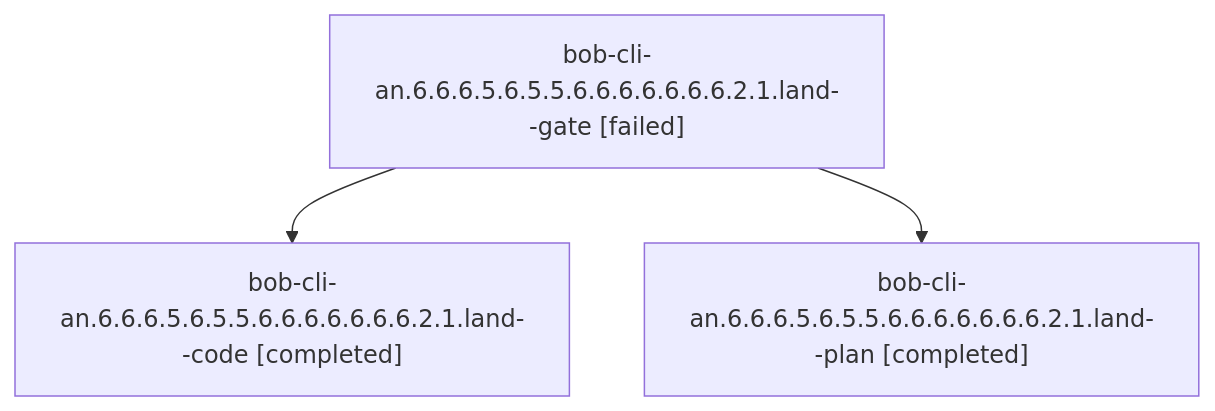
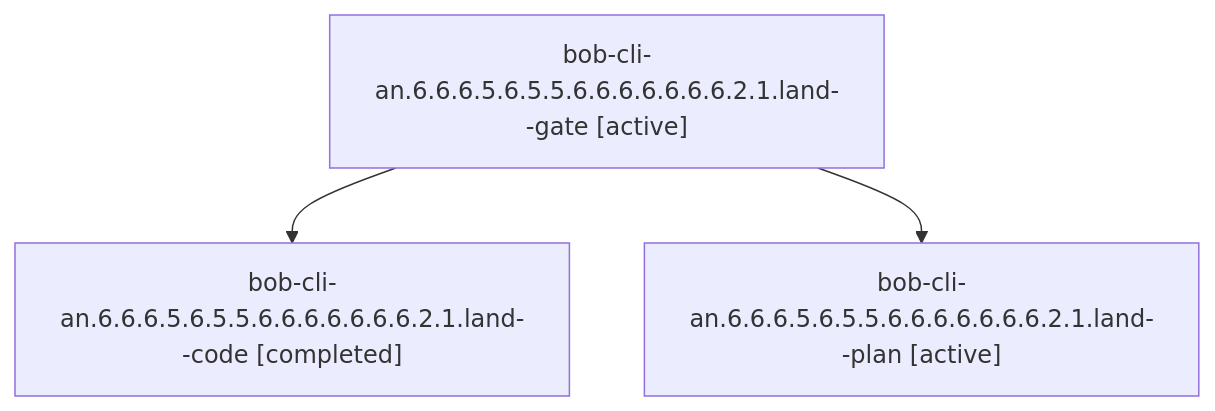
One commit to bobs-org/bob-cli--agents changed the diagram in sessions/bbugyi200.athena.bob-cli-an.6.6.6.5.6.5.5.6.6.6.6.6.6.6.2.1.land.md. Above: the diagram before and after it, drawn with Mermaid. The commit also changed other lines of this file and 653 other files, not shown here.

````diff
--- a/sessions/bbugyi200.athena.bob-cli-an.6.6.6.5.6.5.5.6.6.6.6.6.6.6.2.1.land.md
+++ b/sessions/bbugyi200.athena.bob-cli-an.6.6.6.5.6.5.5.6.6.6.6.6.6.6.2.1.land.md
@@ -9,8 +9,8 @@
 ```mermaid
 flowchart TD
-  n0["bob-cli-an.6.6.6.5.6.5.5.6.6.6.6.6.6.6.2.1.land--gate [failed]"]
+  n0["bob-cli-an.6.6.6.5.6.5.5.6.6.6.6.6.6.6.2.1.land--gate [active]"]
   n1["bob-cli-an.6.6.6.5.6.5.5.6.6.6.6.6.6.6.2.1.land--code [completed]"]
   n0 --> n1
-  n2["bob-cli-an.6.6.6.5.6.5.5.6.6.6.6.6.6.6.2.1.land--plan [completed]"]
+  n2["bob-cli-an.6.6.6.5.6.5.5.6.6.6.6.6.6.6.2.1.land--plan [active]"]
   n0 --> n2
 ```
````
